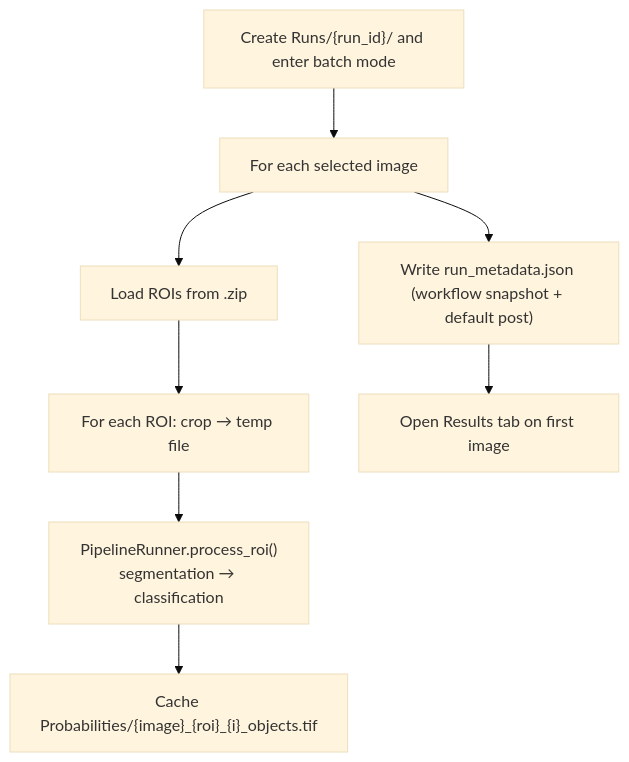
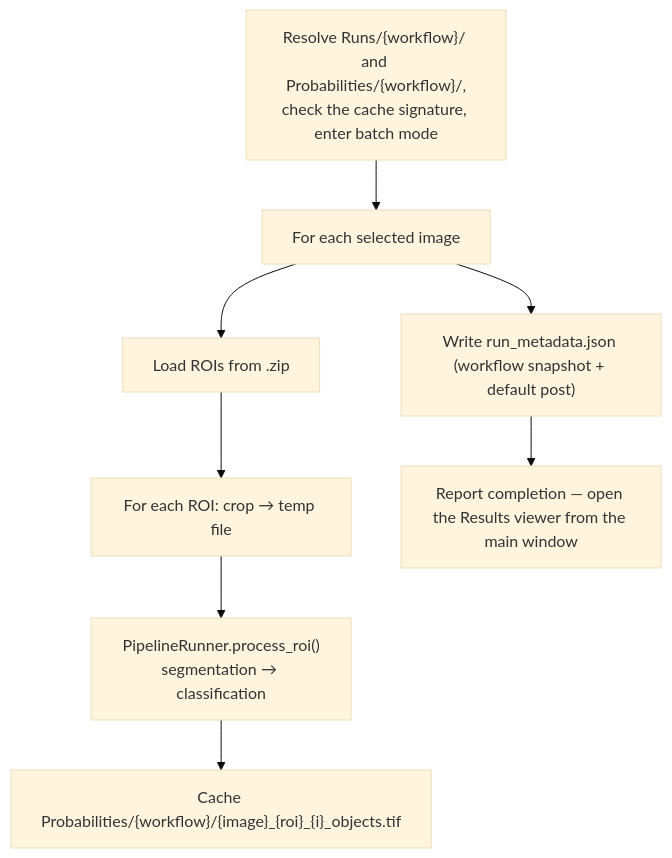
One commit to mrallred/Cell-Quantification-Toolkit changed the second of 2 diagrams in docs/quantification_overview.md. Above: the diagram before and after it, drawn with Mermaid (base theme). The commit also changed other lines of this file and 18 other files, not shown here.

````diff
--- a/docs/quantification_overview.md
+++ b/docs/quantification_overview.md
@@ -47,10 +47,10 @@
 ```mermaid
 flowchart TD
-    R["Create Runs/{run_id}/ and enter batch mode"] --> A[For each selected image]
+    R["Resolve Runs/{workflow}/ and Probabilities/{workflow}/,<br/>check the cache signature, enter batch mode"] --> A[For each selected image]
     A --> B[Load ROIs from .zip]
     B --> C[For each ROI: crop → temp file]
     C --> D["PipelineRunner.process_roi()<br/>segmentation → classification"]
-    D --> E["Cache Probabilities/{image}_{roi}_{i}_objects.tif"]
+    D --> E["Cache Probabilities/{workflow}/{image}_{roi}_{i}_objects.tif"]
     A --> F["Write run_metadata.json (workflow snapshot + default post)"]
-    F --> G[Open Results tab on first image]
+    F --> G["Report completion — open the Results viewer from the main window"]
 ```
````
